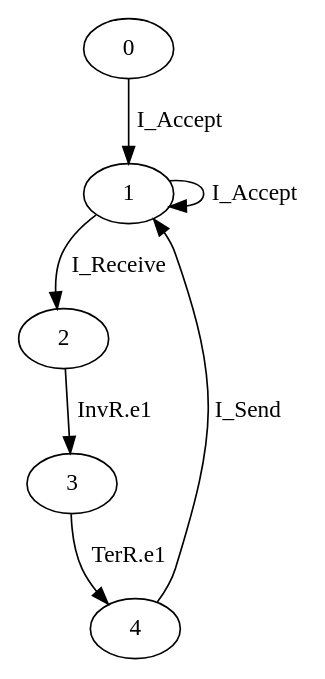
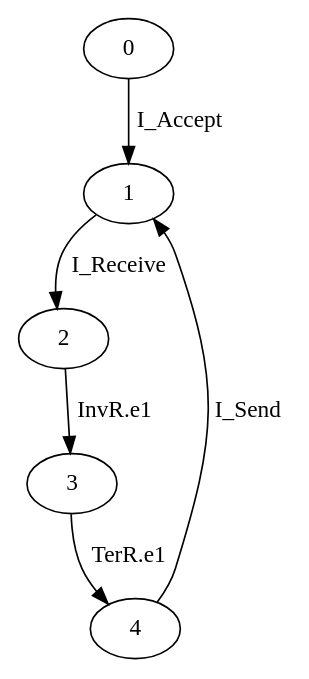
One commit to gfads/midarch changed the diagram in src/gmidarch/development/repositories/dot/srhtcp.dot. Above: the diagram before and after it, drawn with Graphviz. The commit also changed 1 other file, not shown here.

```diff
--- a/src/gmidarch/development/repositories/dot/srhtcp.dot
+++ b/src/gmidarch/development/repositories/dot/srhtcp.dot
@@ -1,8 +1,7 @@
 digraph G {
   0 -> 1 [ label="I_Accept" ];
-  1 -> 1 [ label="I_Accept" ];
   1 -> 2 [ label="I_Receive" ];
   2 -> 3 [ label="InvR.e1" ];
   3 -> 4 [ label="TerR.e1" ];
   4 -> 1 [ label="I_Send" ];
 }
```
